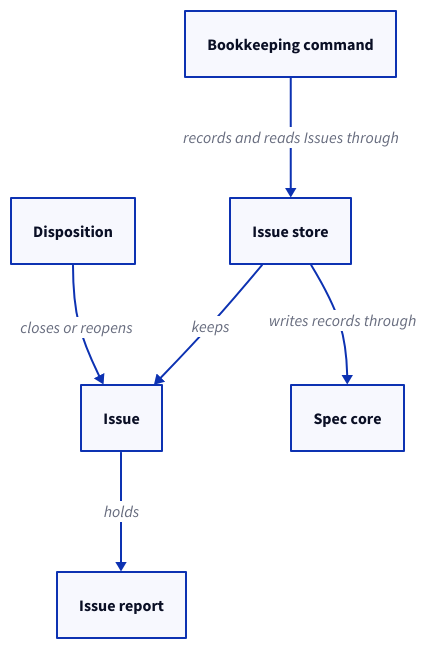
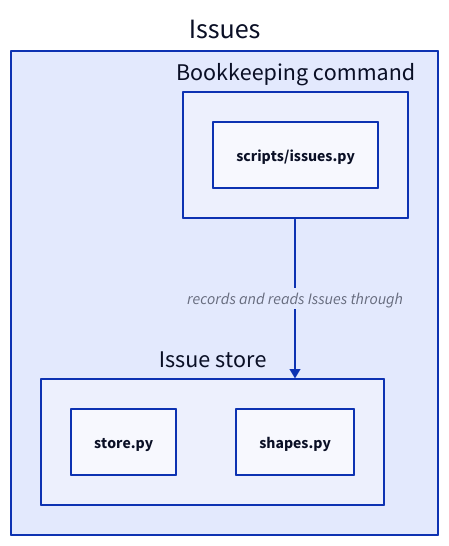
Before and after one commit to FTOD/concorde: the first of 2 diagrams in specs/concorde/issues/module.md, drawn with D2. The commit also changed other lines of this file and 21 other files, not shown here.

First line of the commit message:
Rewrite every Module entry with diagrams and an implementation overview

````diff
--- a/specs/concorde/issues/module.md
+++ b/specs/concorde/issues/module.md
@@ -120,13 +76,12 @@
 ```d2
-command: Bookkeeping command
-store: Issue store
-issue: Issue
-report: Issue report
-disposition: Disposition
-spec: Spec core
-command -> store: records and reads Issues through
-store -> issue: keeps
-issue -> report: holds
-disposition -> issue: closes or reopens
-store -> spec: writes records through
+issues: Issues {
+  store: Issue store {
+    "store.py"
+    "shapes.py"
+  }
+  command: Bookkeeping command {
+    "scripts/issues.py"
+  }
+  command -> store: records and reads Issues through
+}
 ```
````
